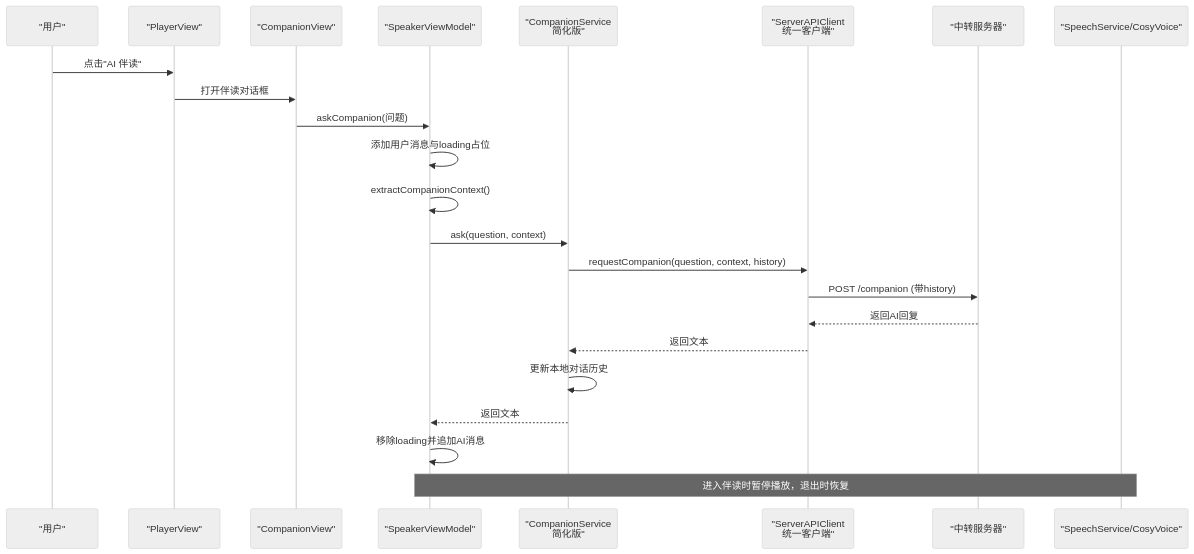
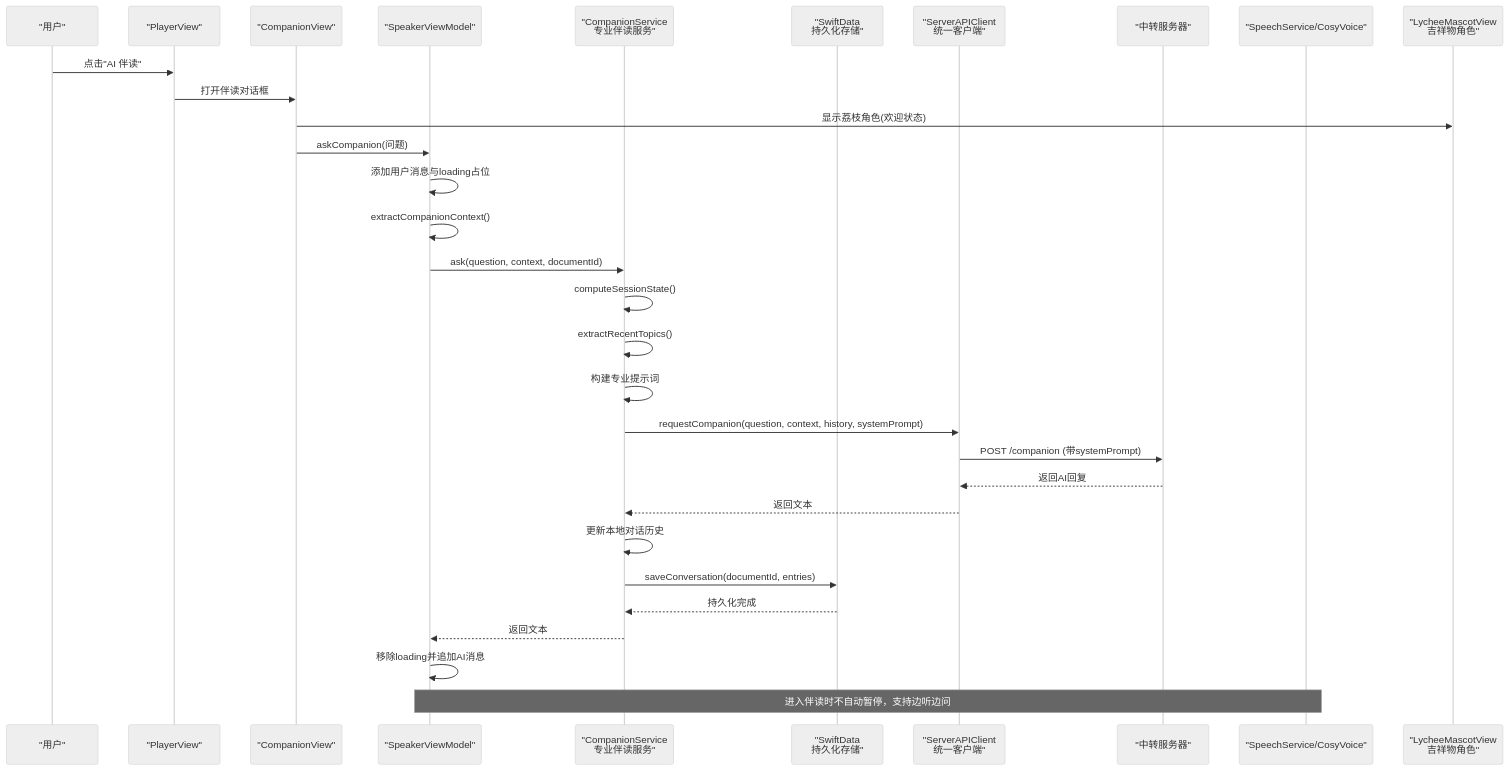
The second of 12 diagrams in .qoder/repowiki/zh/content/核心功能模块/AI 伴读对话功能.md (Primoguo/VoiceReader), drawn with Mermaid (neutral theme) before and after one commit. The commit also changed other lines of this file and 92 other files, not shown here.

````diff
--- a/.qoder/repowiki/zh/content/核心功能模块/AI 伴读对话功能.md
+++ b/.qoder/repowiki/zh/content/核心功能模块/AI 伴读对话功能.md
@@ -133,25 +162,33 @@
 ```mermaid
 sequenceDiagram
 participant U as "用户"
 participant PV as "PlayerView"
 participant CV as "CompanionView"
 participant VM as "SpeakerViewModel"
-participant CS as "CompanionService<br/>简化版"
+participant CS as "CompanionService<br/>专业伴读服务"
+participant SD as "SwiftData<br/>持久化存储"
 participant API as "ServerAPIClient<br/>统一客户端"
 participant Srv as "中转服务器"
 participant SS as "SpeechService/CosyVoice"
+participant LM as "LycheeMascotView<br/>吉祥物角色"
 U->>PV : 点击"AI 伴读"
 PV->>CV : 打开伴读对话框
+CV->>LM : 显示荔枝角色(欢迎状态)
 CV->>VM : askCompanion(问题)
 VM->>VM : 添加用户消息与loading占位
 VM->>VM : extractCompanionContext()
-VM->>CS : ask(question, context)
-CS->>API : requestCompanion(question, context, history)
-API->>Srv : POST /companion (带history)
+VM->>CS : ask(question, context, documentId)
+CS->>CS : computeSessionState()
+CS->>CS : extractRecentTopics()
+CS->>CS : 构建专业提示词
+CS->>API : requestCompanion(question, context, history, systemPrompt)
+API->>Srv : POST /companion (带systemPrompt)
 Srv-->>API : 返回AI回复
 API-->>CS : 返回文本
 CS->>CS : 更新本地对话历史
+CS->>SD : saveConversation(documentId, entries)
+SD-->>CS : 持久化完成
 CS-->>VM : 返回文本
 VM->>VM : 移除loading并追加AI消息
-Note over VM,SS : 进入伴读时暂停播放，退出时恢复
+Note over VM,SS : 进入伴读时不自动暂停，支持边听边问
 ```
````
